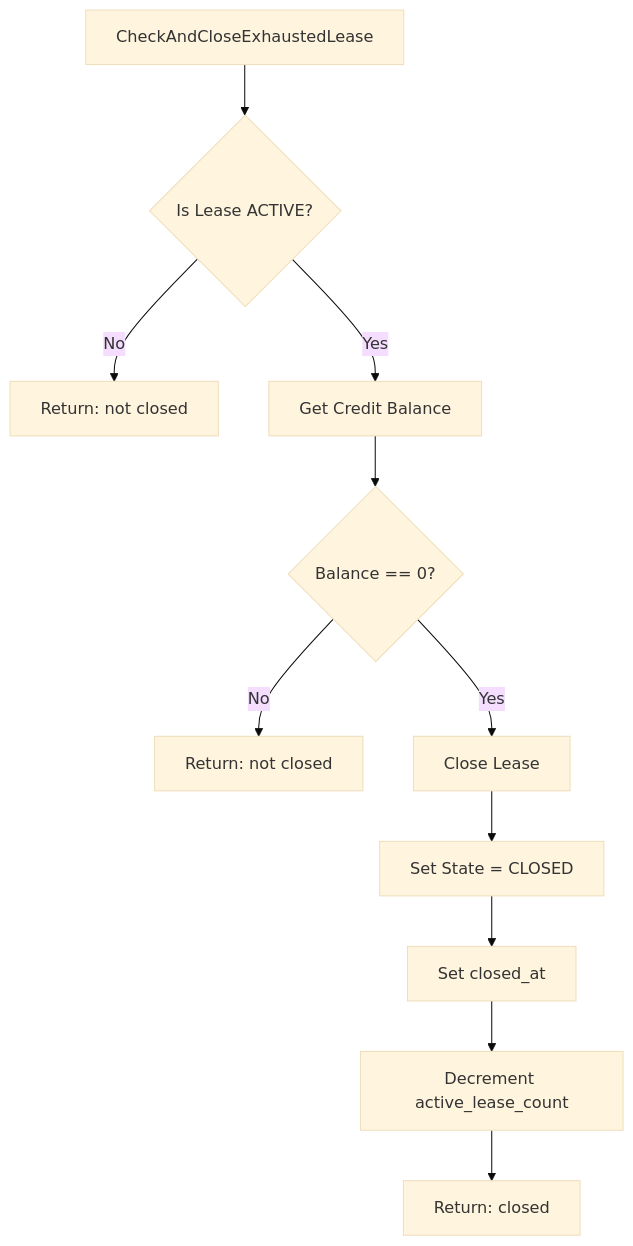
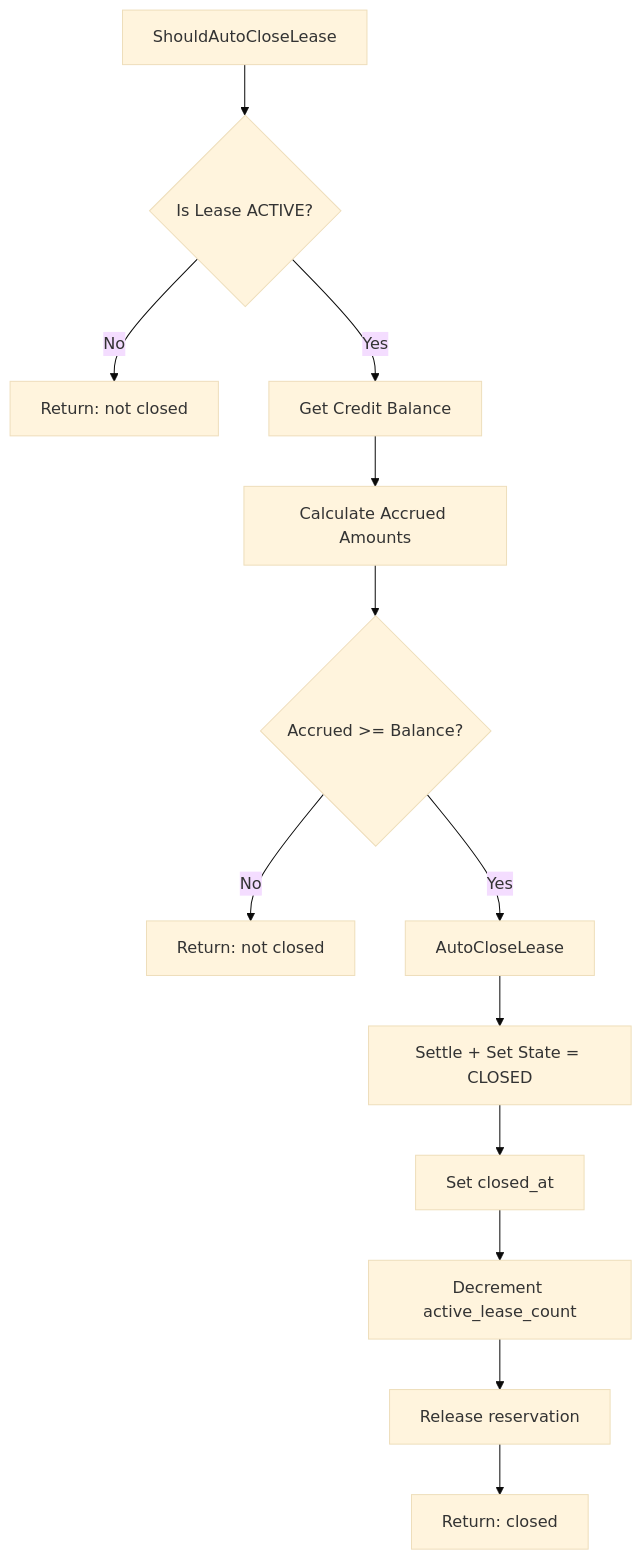
Before and after one commit to fmorency/manifest-ledger: diagram 12 of 12 in x/billing/docs/ARCHITECTURE.md, drawn with Mermaid (base theme). The commit also changed other lines of this file and 9 other files, not shown here.

````diff
--- a/x/billing/docs/ARCHITECTURE.md
+++ b/x/billing/docs/ARCHITECTURE.md
@@ -557,13 +558,15 @@
 ```mermaid
 flowchart TD
-    A[CheckAndCloseExhaustedLease] --> B{Is Lease ACTIVE?}
+    A[ShouldAutoCloseLease] --> B{Is Lease ACTIVE?}
     B -->|No| C[Return: not closed]
     B -->|Yes| D[Get Credit Balance]
-    D --> E{Balance == 0?}
-    E -->|No| F[Return: not closed]
-    E -->|Yes| G[Close Lease]
-    G --> H[Set State = CLOSED]
-    H --> I[Set closed_at]
-    I --> J[Decrement active_lease_count]
-    J --> K[Return: closed]
+    D --> E[Calculate Accrued Amounts]
+    E --> F{Accrued >= Balance?}
+    F -->|No| G[Return: not closed]
+    F -->|Yes| H[AutoCloseLease]
+    H --> I[Settle + Set State = CLOSED]
+    I --> J[Set closed_at]
+    J --> K[Decrement active_lease_count]
+    K --> L[Release reservation]
+    L --> M[Return: closed]
 ```
````
